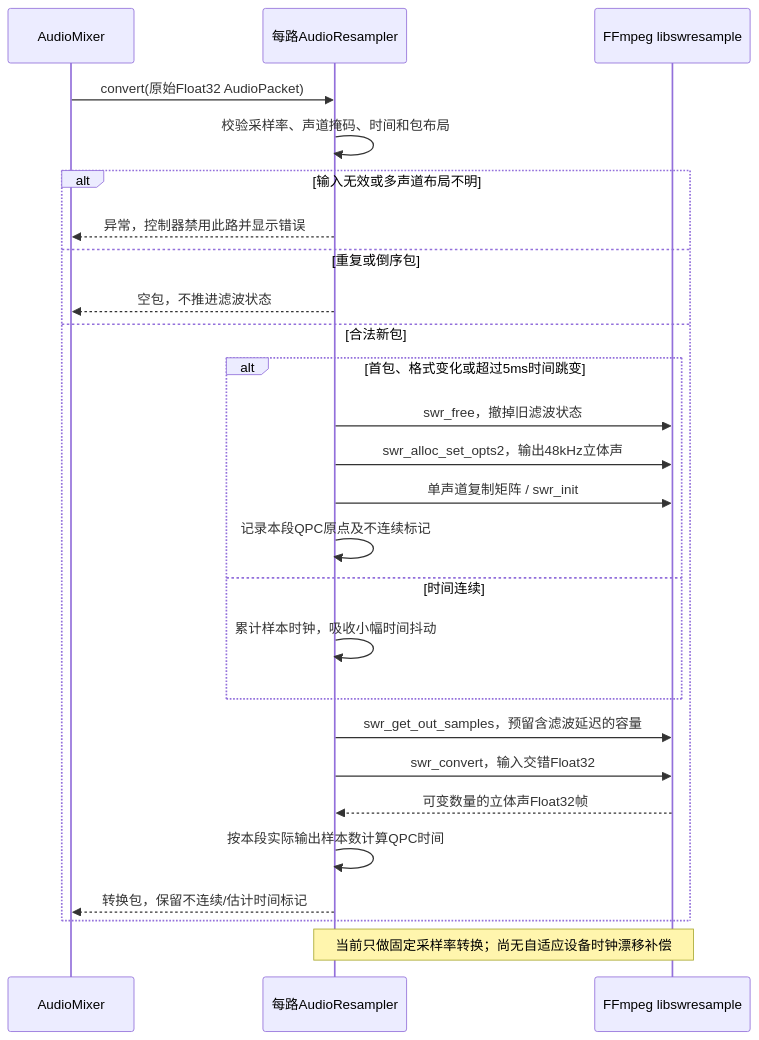
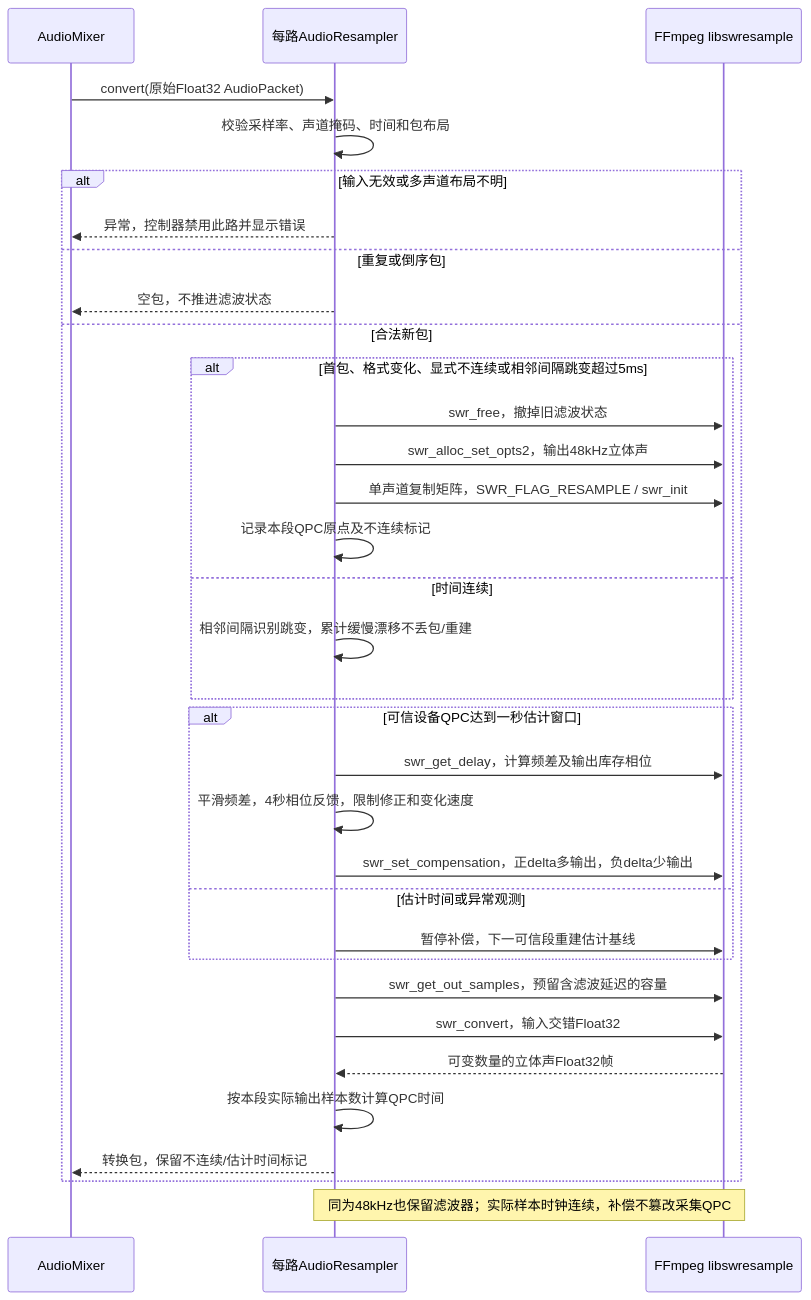
The diagram in docs/uml/audio-resample.mmd (kingsman-svg/OBS), drawn with Mermaid before and after one commit. The commit also changed 31 other files, not shown here.

```diff
--- a/docs/uml/audio-resample.mmd
+++ b/docs/uml/audio-resample.mmd
@@ -1,26 +1,33 @@
 sequenceDiagram
 participant M as AudioMixer
 participant R as 每路AudioResampler
 participant S as FFmpeg libswresample
 M->>R: convert(原始Float32 AudioPacket)
 R->>R: 校验采样率、声道掩码、时间和包布局
 alt 输入无效或多声道布局不明
 R-->>M: 异常，控制器禁用此路并显示错误
 else 重复或倒序包
 R-->>M: 空包，不推进滤波状态
 else 合法新包
-alt 首包、格式变化或超过5ms时间跳变
+alt 首包、格式变化、显式不连续或相邻间隔跳变超过5ms
 R->>S: swr_free，撤掉旧滤波状态
 R->>S: swr_alloc_set_opts2，输出48kHz立体声
-R->>S: 单声道复制矩阵 / swr_init
+R->>S: 单声道复制矩阵，SWR_FLAG_RESAMPLE / swr_init
 R->>R: 记录本段QPC原点及不连续标记
 else 时间连续
-R->>R: 累计样本时钟，吸收小幅时间抖动
+R->>R: 相邻间隔识别跳变，累计缓慢漂移不丢包/重建
+end
+alt 可信设备QPC达到一秒估计窗口
+R->>S: swr_get_delay，计算频差及输出库存相位
+R->>R: 平滑频差，4秒相位反馈，限制修正和变化速度
+R->>S: swr_set_compensation，正delta多输出，负delta少输出
+else 估计时间或异常观测
+R->>S: 暂停补偿，下一可信段重建估计基线
 end
 R->>S: swr_get_out_samples，预留含滤波延迟的容量
 R->>S: swr_convert，输入交错Float32
 S-->>R: 可变数量的立体声Float32帧
 R->>R: 按本段实际输出样本数计算QPC时间
 R-->>M: 转换包，保留不连续/估计时间标记
 end
-Note over R,S: 当前只做固定采样率转换；尚无自适应设备时钟漂移补偿
+Note over R,S: 同为48kHz也保留滤波器；实际样本时钟连续，补偿不篡改采集QPC
```
